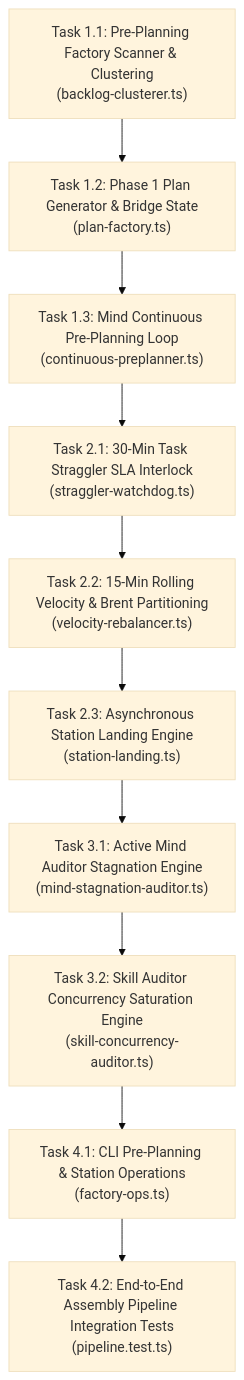
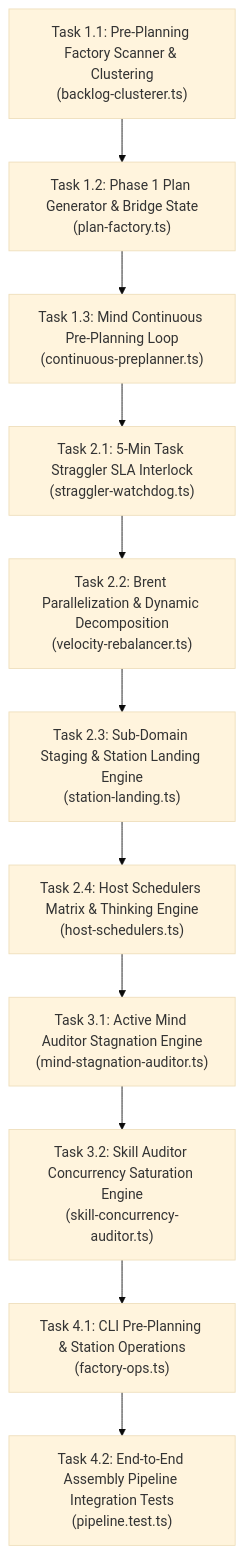
The diagram in docs/planning/mind-continuous-preplanning-factory-engine/PLAN.md (onurseckin/skills), drawn with Mermaid (base theme) before and after one commit. The commit also changed other lines of this file and 5 other files, not shown here.

Commit message:
docs(planning): codify 4-host matrix, claude-5 models, subdomain staging reflog safety, and 5-min parallelization SLA

````diff
--- a/docs/planning/mind-continuous-preplanning-factory-engine/PLAN.md
+++ b/docs/planning/mind-continuous-preplanning-factory-engine/PLAN.md
@@ -114,15 +189,16 @@
 ```mermaid
 graph TD
     W1_T1["Task 1.1: Pre-Planning Factory Scanner & Clustering<br/>(backlog-clusterer.ts)"] --> W1_T2["Task 1.2: Phase 1 Plan Generator & Bridge State<br/>(plan-factory.ts)"]
     W1_T2 --> W1_T3["Task 1.3: Mind Continuous Pre-Planning Loop<br/>(continuous-preplanner.ts)"]
 
-    W1_T3 --> W2_T1["Task 2.1: 30-Min Task Straggler SLA Interlock<br/>(straggler-watchdog.ts)"]
-    W2_T1 --> W2_T2["Task 2.2: 15-Min Rolling Velocity & Brent Partitioning<br/>(velocity-rebalancer.ts)"]
-    W2_T2 --> W2_T3["Task 2.3: Asynchronous Station Landing Engine<br/>(station-landing.ts)"]
+    W1_T3 --> W2_T1["Task 2.1: 5-Min Task Straggler SLA Interlock<br/>(straggler-watchdog.ts)"]
+    W2_T1 --> W2_T2["Task 2.2: Brent Parallelization & Dynamic Decomposition<br/>(velocity-rebalancer.ts)"]
+    W2_T2 --> W2_T3["Task 2.3: Sub-Domain Staging & Station Landing Engine<br/>(station-landing.ts)"]
+    W2_T3 --> W2_T4["Task 2.4: Host Schedulers Matrix & Thinking Engine<br/>(host-schedulers.ts)"]
 
-    W2_T3 --> W3_T1["Task 3.1: Active Mind Auditor Stagnation Engine<br/>(mind-stagnation-auditor.ts)"]
+    W2_T4 --> W3_T1["Task 3.1: Active Mind Auditor Stagnation Engine<br/>(mind-stagnation-auditor.ts)"]
     W3_T1 --> W3_T2["Task 3.2: Skill Auditor Concurrency Saturation Engine<br/>(skill-concurrency-auditor.ts)"]
 
     W3_T2 --> W4_T1["Task 4.1: CLI Pre-Planning & Station Operations<br/>(factory-ops.ts)"]
     W4_T1 --> W4_T2["Task 4.2: End-to-End Assembly Pipeline Integration Tests<br/>(pipeline.test.ts)"]
 ```
````
